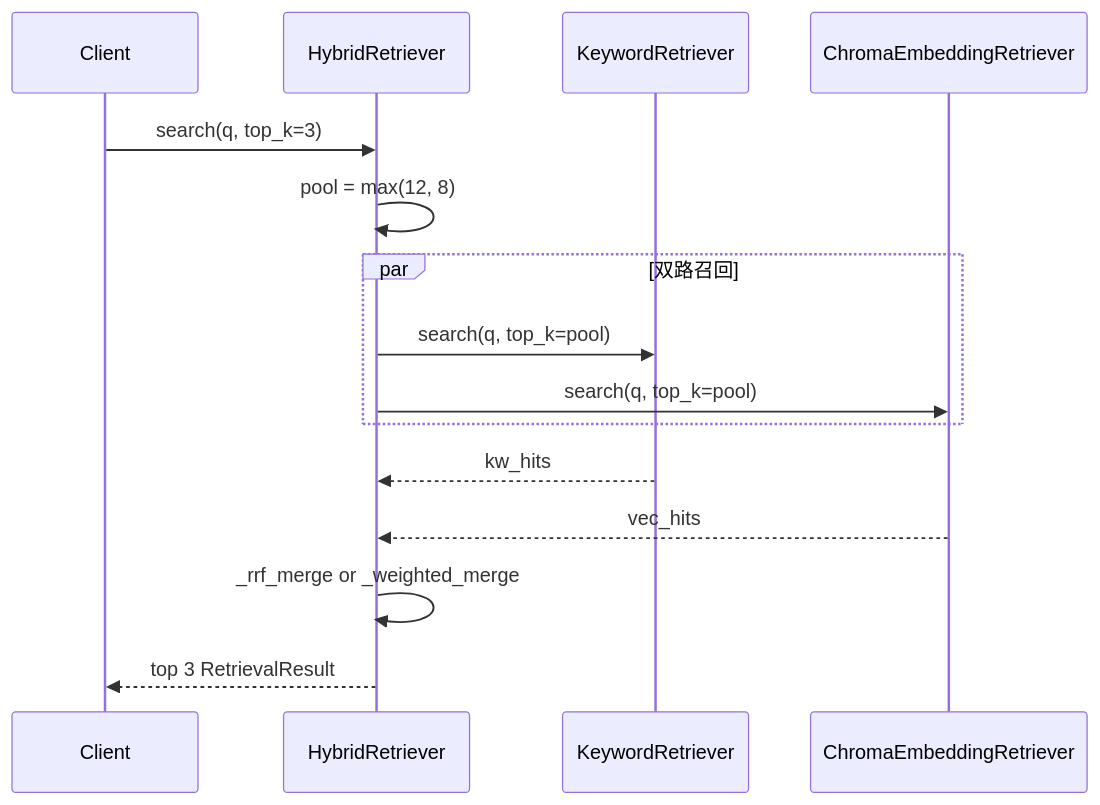
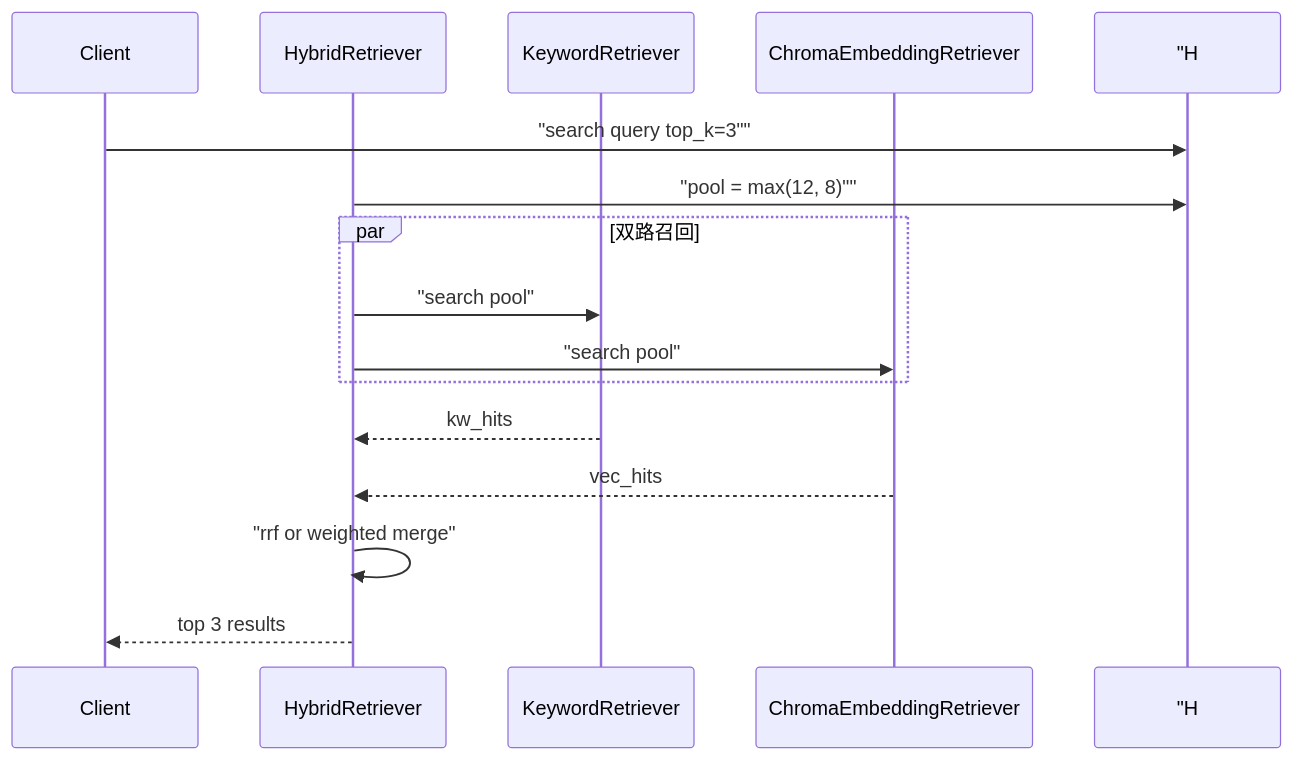
Before and after one commit to ab6539763/70_days_course_plus: the first of 2 diagrams in course/day31/04_流程图与示意图.md, drawn with Mermaid. The commit also changed other lines of this file and 128 other files, not shown here.

First line of the commit message:
fix(course): repair day31-37 diagrams, titles, and missing content

````diff
--- a/course/day31/04_流程图与示意图.md
+++ b/course/day31/04_流程图与示意图.md
@@ -5,17 +5,17 @@
 ```mermaid
 sequenceDiagram
     participant U as Client
     participant H as HybridRetriever
     participant K as KeywordRetriever
     participant V as ChromaEmbeddingRetriever
-    U->>H: search(q, top_k=3)
-    H->>H: pool = max(12, 8)
+    U->> "H: "search query top_k=3""
+    H->> "H: "pool = max(12, 8)""
     par 双路召回
-        H->>K: search(q, top_k=pool)
-        H->>V: search(q, top_k=pool)
+        H->>K: "search pool"
+        H->>V: "search pool"
     end
     K-->>H: kw_hits
     V-->>H: vec_hits
-    H->>H: _rrf_merge or _weighted_merge
-    H-->>U: top 3 RetrievalResult
+    H->>H: "rrf or weighted merge"
+    H-->>U: top 3 results
 ```
````
